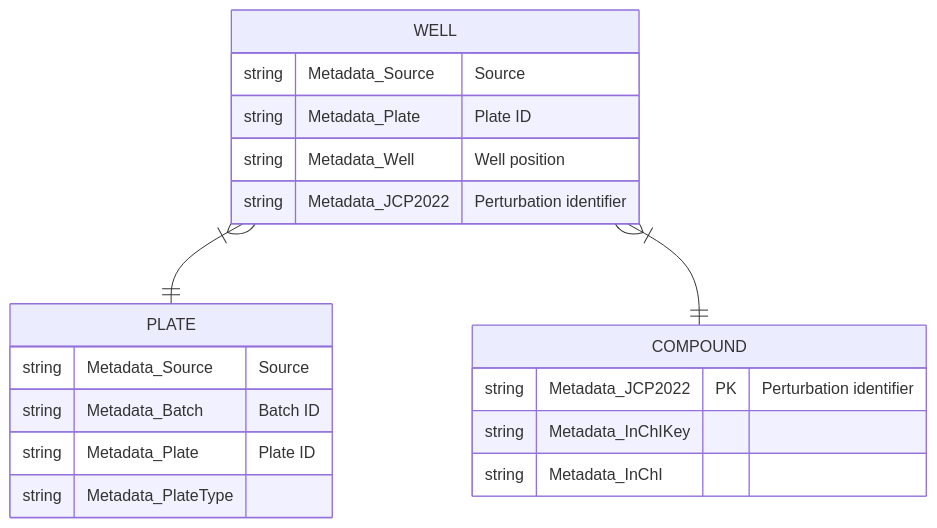
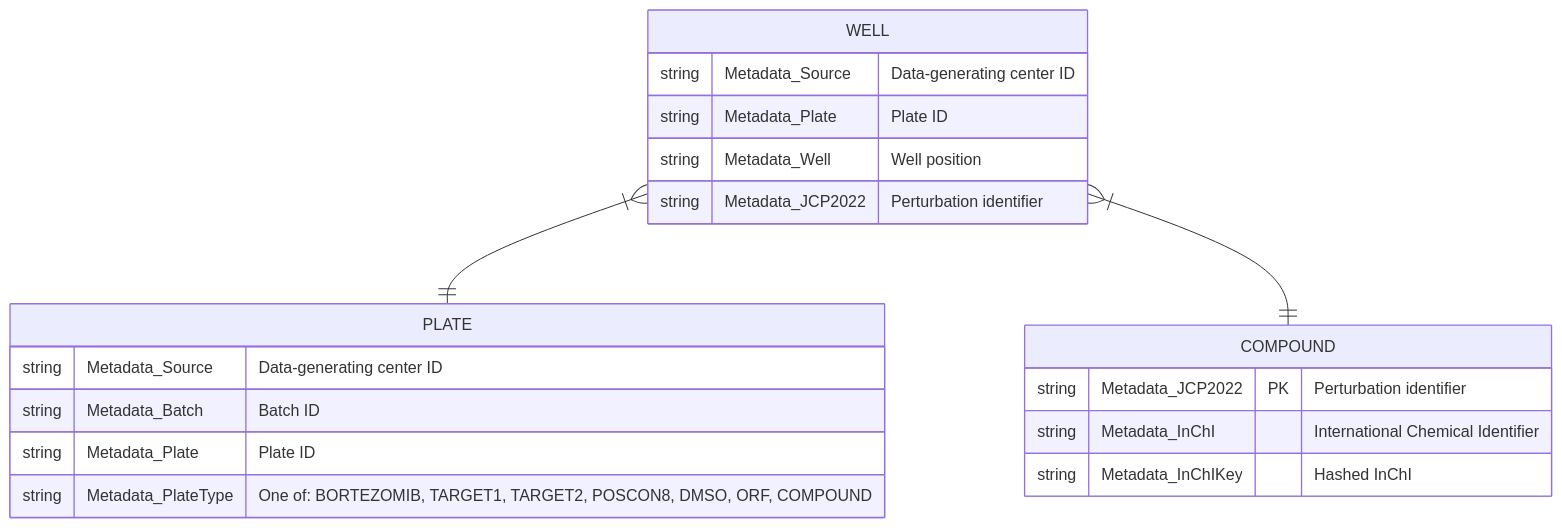
The diagram in metadata/README.md (jump-cellpainting/datasets), drawn with Mermaid before and after one commit.

````diff
--- a/metadata/README.md
+++ b/metadata/README.md
@@ -1,22 +1,22 @@
 ```mermaid
 erDiagram
     WELL }|--|| PLATE : ""
     WELL {
-        string Metadata_Source "Source"
+        string Metadata_Source "Data-generating center ID"
         string Metadata_Plate "Plate ID"
         string Metadata_Well "Well position"
         string Metadata_JCP2022 "Perturbation identifier"
     }
     PLATE {
-        string Metadata_Source "Source"
+        string Metadata_Source "Data-generating center ID"
         string Metadata_Batch "Batch ID"
         string Metadata_Plate "Plate ID"
-        string Metadata_PlateType
+        string Metadata_PlateType "One of: BORTEZOMIB, TARGET1, TARGET2, POSCON8, DMSO, ORF, COMPOUND"
     }
     WELL }|--|| COMPOUND : ""
     COMPOUND {
         string Metadata_JCP2022 PK "Perturbation identifier"
-        string Metadata_InChIKey
-        string Metadata_InChI
+        string Metadata_InChI "International Chemical Identifier"
+        string Metadata_InChIKey "Hashed InChI"
     }
 ```
````
